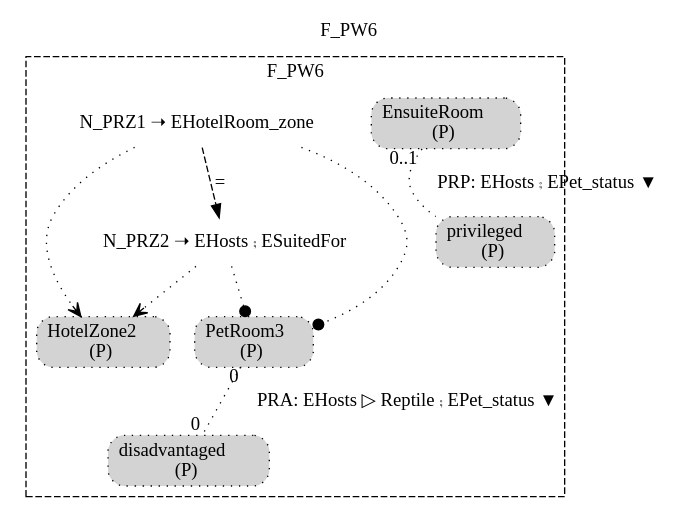
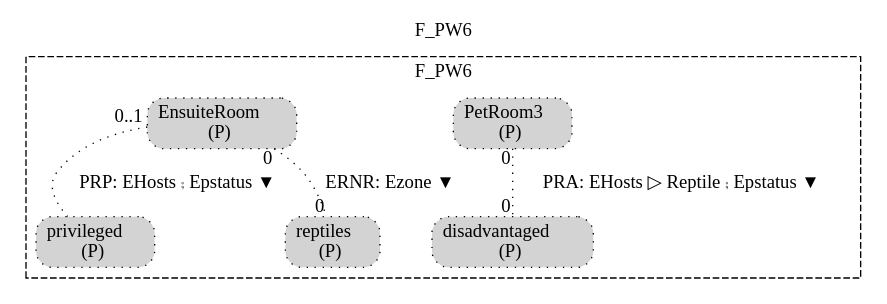
Before and after one commit to namalio/Fragmenta: the diagram in Haskell/FragmentaTests/PetsWorld/img/F_PW6.gv, drawn with Graphviz. The commit also changed 25 other files, not shown here.

```diff
--- a/Haskell/FragmentaTests/PetsWorld/img/F_PW6.gv
+++ b/Haskell/FragmentaTests/PetsWorld/img/F_PW6.gv
@@ -1,27 +1,19 @@
 digraph {graph[label=F_PW6,labelloc=tl,labelfontsize=12];
 subgraph cluster_F_PW6{style=dashed;label=F_PW6;
+"PPetRoom3"[shape=box,fillcolor=lightgray,style ="rounded,filled,dotted",label=<PetRoom3<br/>(P)>];
 "Pdisadvantaged"[shape=box,fillcolor=lightgray,style ="rounded,filled,dotted",label=<disadvantaged<br/>(P)>];
+"Pprivileged"[shape=box,fillcolor=lightgray,style ="rounded,filled,dotted",label=<privileged<br/>(P)>];
 "PEnsuiteRoom"[shape=box,fillcolor=lightgray,style ="rounded,filled,dotted",label=<EnsuiteRoom<br/>(P)>];
-"Pprivileged"[shape=box,fillcolor=lightgray,style ="rounded,filled,dotted",label=<privileged<br/>(P)>];
-"PPetRoom3"[shape=box,fillcolor=lightgray,style ="rounded,filled,dotted",label=<PetRoom3<br/>(P)>];
-"PHotelZone2"[shape=box,fillcolor=lightgray,style ="rounded,filled,dotted",label=<HotelZone2<br/>(P)>];
+"Preptiles"[shape=box,fillcolor=lightgray,style ="rounded,filled,dotted",label=<reptiles<br/>(P)>];
 
-"PPetRoom3"->"Pdisadvantaged"[label="PRA: EHosts ▷ Reptile ⨾ EPet_status ▼",dir=none,taillabel="0",headlabel="0",style=dotted];
-"PEnsuiteRoom"->"Pprivileged"[label="PRP: EHosts ⨾ EPet_status ▼",dir=none,taillabel="0..1",headlabel="",style=dotted];
-"N_PRZ1"[shape=none,label="N_PRZ1 ➝ EHotelRoom_zone"];
-"N_PRZ1"->"PPetRoom3"[arrowhead=dot,style=dotted];
-"N_PRZ1"->"PHotelZone2"[arrowhead=vee,style=dotted];
-
-"N_PRZ2"[shape=none,label="N_PRZ2 ➝ EHosts ⨾ ESuitedFor"];
-"N_PRZ2"->"PPetRoom3"[arrowhead=dot,style=dotted];
-"N_PRZ2"->"PHotelZone2"[arrowhead=vee,style=dotted];
-
-"N_PRZ1"->"N_PRZ2"[arrowhead=normal,style=dashed, label = "="];
+"PPetRoom3"->"Pdisadvantaged"[label="PRA: EHosts ▷ Reptile ⨾ Epstatus ▼",dir=none,taillabel="0",headlabel="0",style=dotted];
+"PEnsuiteRoom"->"Pprivileged"[label="PRP: EHosts ⨾ Epstatus ▼",dir=none,taillabel="0..1",headlabel="",style=dotted];
+"PEnsuiteRoom"->"Preptiles"[label="ERNR: Ezone ▼",dir=none,taillabel="0",headlabel="0",style=dotted];
 
 }
 
 
 
 
 
 }
```
